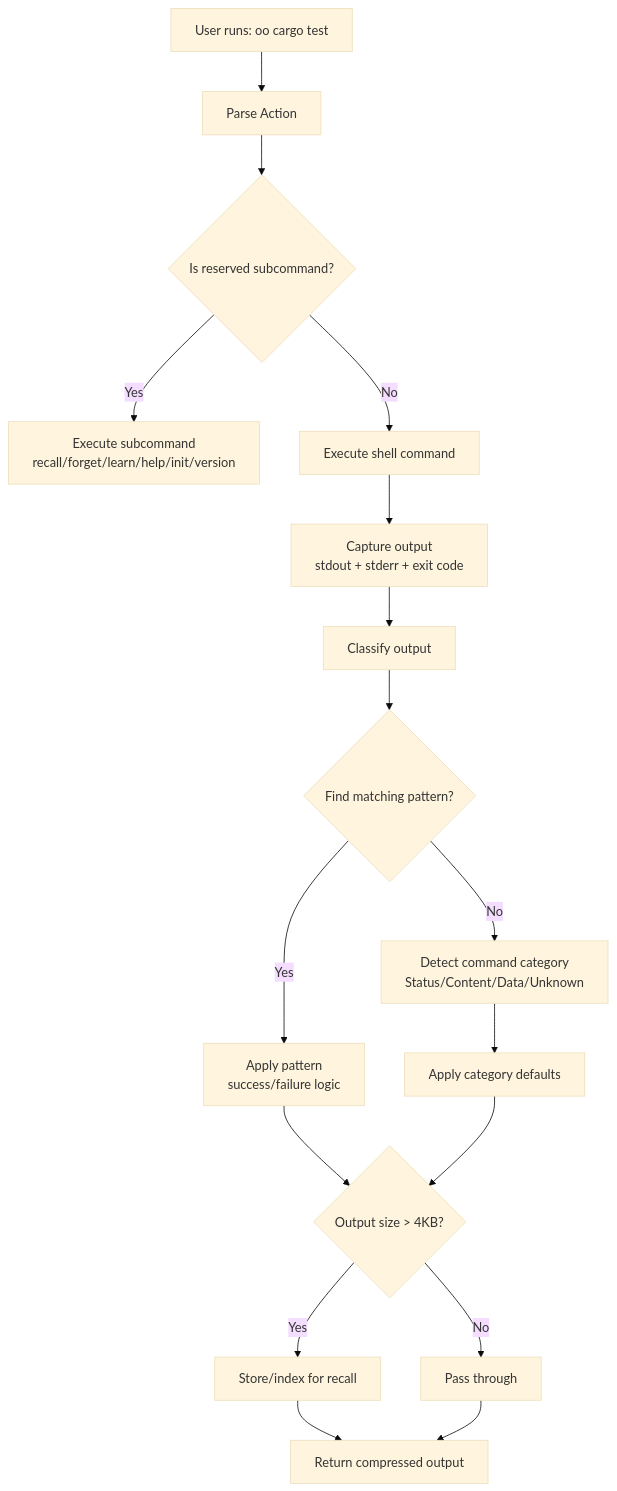
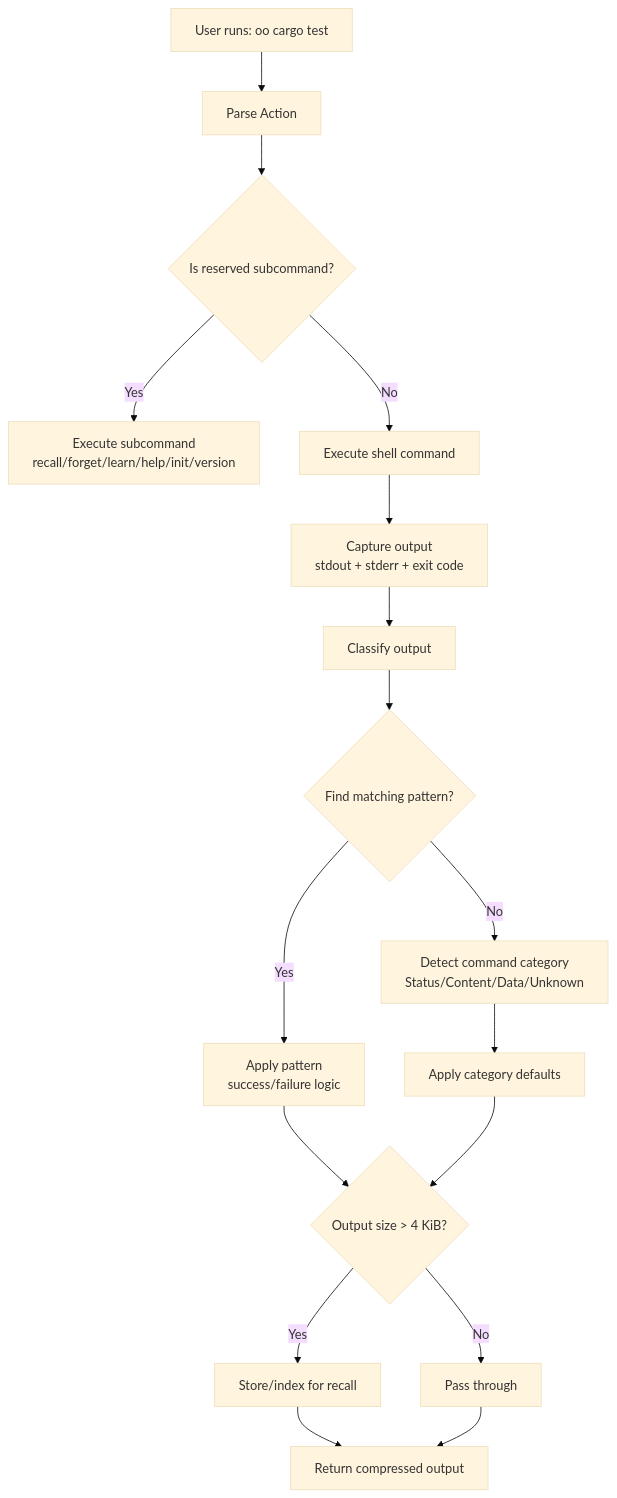
The diagram in docs/architecture.md (randomm/oo), drawn with Mermaid (base theme) before and after one commit. The commit also changed other lines of this file and 10 other files, not shown here.

````diff
--- a/docs/architecture.md
+++ b/docs/architecture.md
@@ -9,19 +9,19 @@
 ```mermaid
 flowchart TD
     A[User runs: oo cargo test] --> B[Parse Action]
     B --> C{Is reserved subcommand?}
     C -->|Yes| D[Execute subcommand<br/>recall/forget/learn/help/init/version]
     C -->|No| E[Execute shell command]
     E --> F[Capture output<br/>stdout + stderr + exit code]
     F --> G[Classify output]
     G --> H{Find matching pattern?}
     H -->|Yes| I[Apply pattern<br/>success/failure logic]
     H -->|No| J[Detect command category<br/>Status/Content/Data/Unknown]
     J --> K[Apply category defaults]
-    I --> L{Output size > 4KB?}
+    I --> L{Output size > 4 KiB?}
     K --> L
     L -->|Yes| M[Store/index for recall]
     L -->|No| N[Pass through]
     M --> O[Return compressed output]
     N --> O
 ```
````
